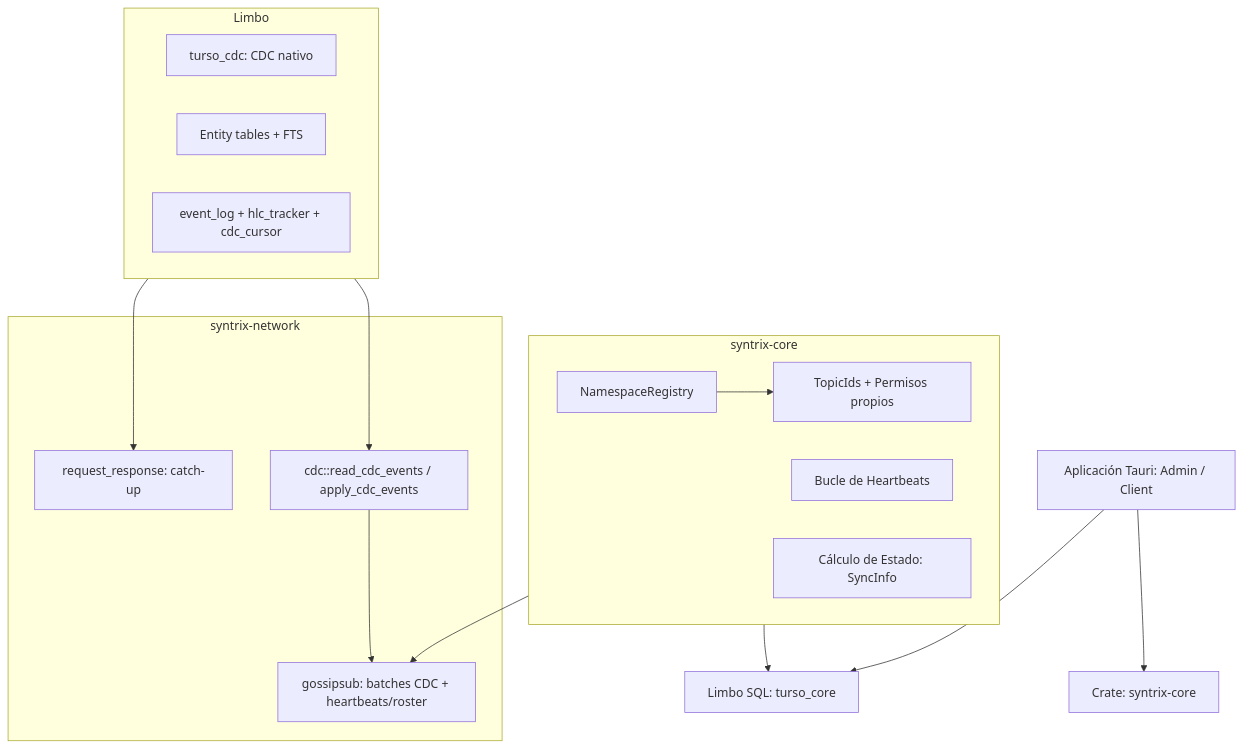
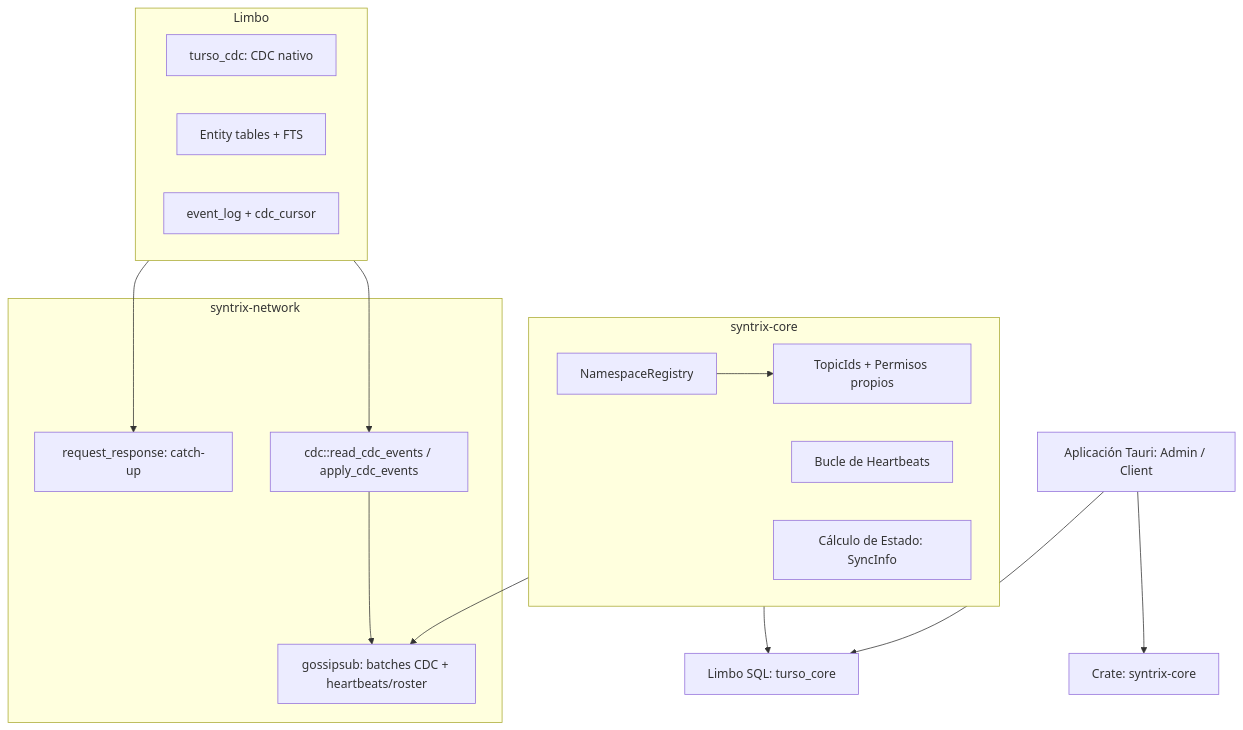
Before and after one commit to royalcala/syntrix-monorepo: the diagram in apps/docs/src/content/docs/arquitectura/sincronizacion.md, drawn with Mermaid. The commit also changed other lines of this file and 15 other files, not shown here.

````diff
--- a/apps/docs/src/content/docs/arquitectura/sincronizacion.md
+++ b/apps/docs/src/content/docs/arquitectura/sincronizacion.md
@@ -18,31 +18,31 @@
 ```mermaid
 graph TD
     A[Aplicación Tauri: Admin / Client] --> B[Crate: syntrix-core]
     A --> C[Limbo SQL: turso_core]
 
     subgraph syntrix-core
         direction LR
         B1[NamespaceRegistry] --> B2[TopicIds + Permisos propios]
         B3[Bucle de Heartbeats]
         B4[Cálculo de Estado: SyncInfo]
     end
 
     subgraph Limbo
         direction LR
         C1[turso_cdc: CDC nativo]
         C2[Entity tables + FTS]
-        C3[event_log + hlc_tracker + cdc_cursor]
+        C3[event_log + cdc_cursor]
     end
 
     subgraph syntrix-network
         D1[gossipsub: batches CDC + heartbeats/roster]
         D2[cdc::read_cdc_events / apply_cdc_events]
         D3[request_response: catch-up]
     end
 
     B2 --> D1
     C1 --> D2
     D2 --> D1
     C3 --> D3
     B4 --> C
 ```
````
